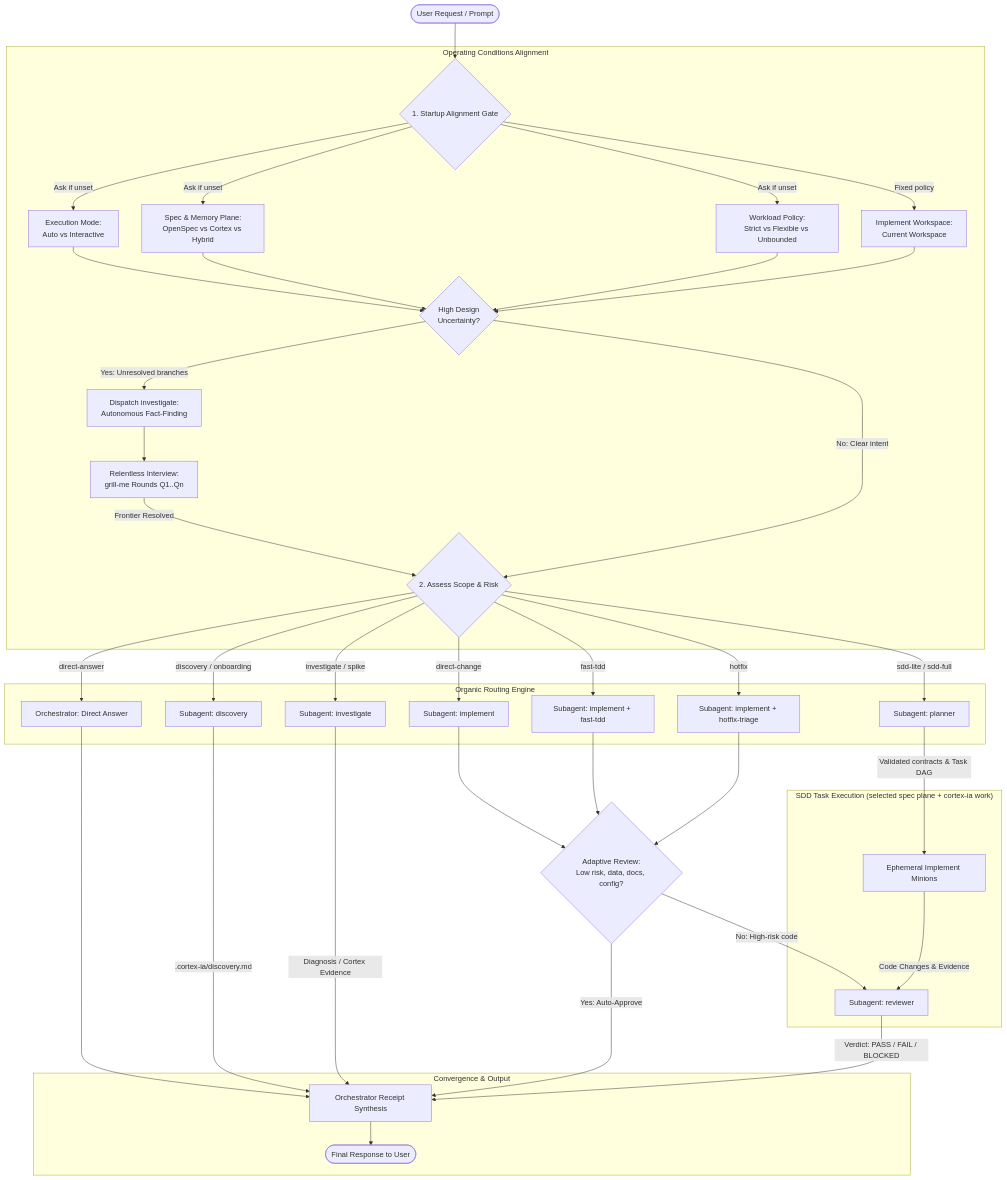
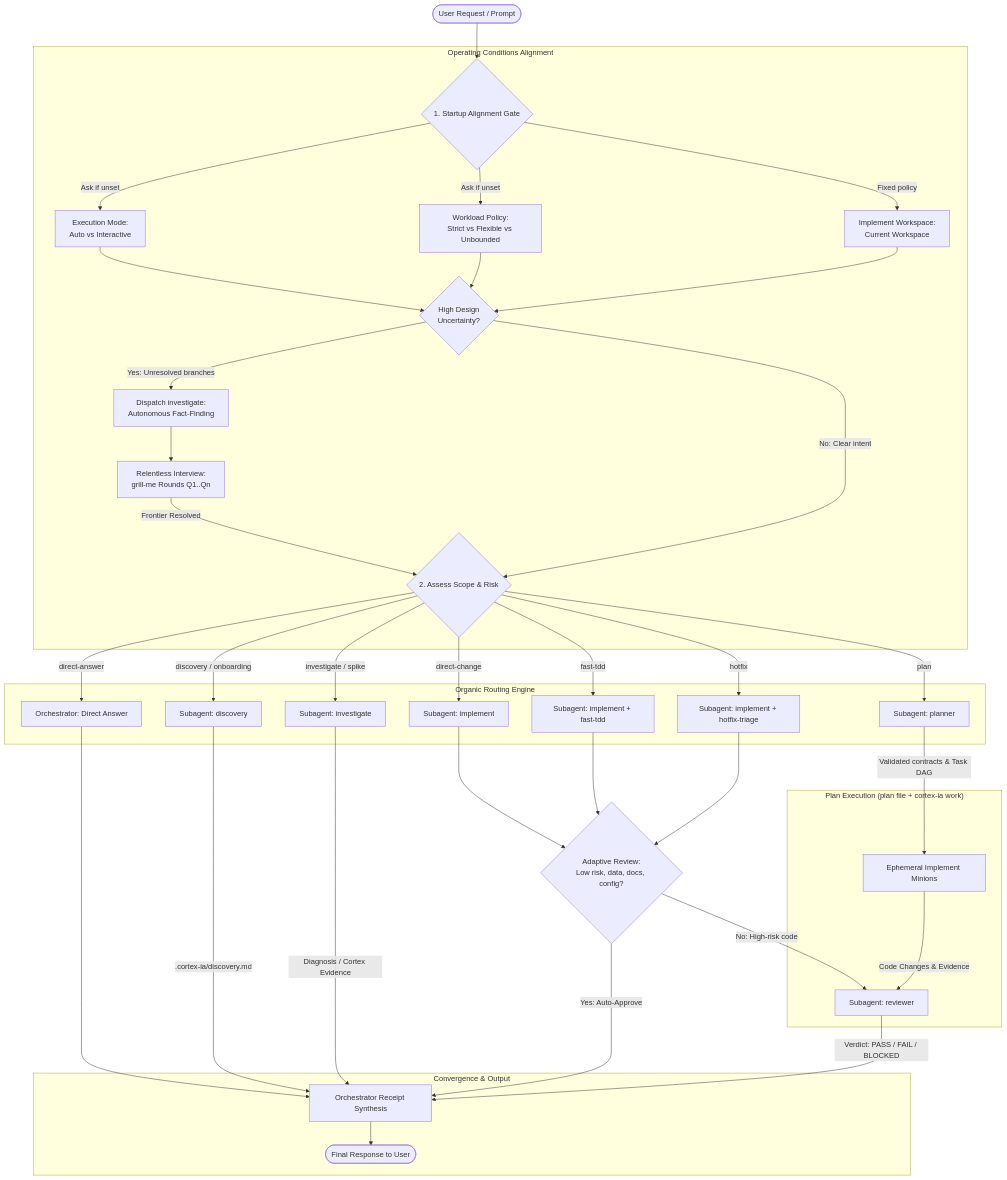
One commit to lleontor705/cortex-ia changed the first of 4 diagrams in internal/assets/skills/opencode2-knowledge/SKILL.md. Above: the diagram before and after it, drawn with Mermaid. The commit also changed other lines of this file and 149 other files, not shown here.

First line of the commit message:
refactor: retire SDD/OpenSpec in favour of lightweight plans (#162)

````diff
--- a/internal/assets/skills/opencode2-knowledge/SKILL.md
+++ b/internal/assets/skills/opencode2-knowledge/SKILL.md
@@ -58,50 +58,48 @@
 ```mermaid
 flowchart TD
     User([User Request / Prompt]) --> StartGate{1. Startup Alignment Gate}
     
     subgraph Alignment ["Operating Conditions Alignment"]
         StartGate -->|Ask if unset| ModeChoice[Execution Mode:\nAuto vs Interactive]
-        StartGate -->|Ask if unset| PlaneChoice[Spec & Memory Plane:\nOpenSpec vs Cortex vs Hybrid]
         StartGate -->|Ask if unset| WorkloadChoice[Workload Policy:\nStrict vs Flexible vs Unbounded]
         StartGate -->|Fixed policy| WorkspaceChoice[Implement Workspace:\nCurrent Workspace]
         
         ModeChoice --> AmbiguityCheck{High Design\nUncertainty?}
-        PlaneChoice --> AmbiguityCheck
         WorkloadChoice --> AmbiguityCheck
         WorkspaceChoice --> AmbiguityCheck
         
         AmbiguityCheck -->|Yes: Unresolved branches| InvFact[Dispatch investigate:\nAutonomous Fact-Finding]
         InvFact --> GrillMe[Relentless Interview:\ngrill-me Rounds Q1..Qn]
         GrillMe -->|Frontier Resolved| RouteDecision{2. Assess Scope & Risk}
         AmbiguityCheck -->|No: Clear intent| RouteDecision
     end
 
     subgraph Routing ["Organic Routing Engine"]
         RouteDecision -->|direct-answer| OrchSelf[Orchestrator: Direct Answer]
         RouteDecision -->|discovery / onboarding| SubDiscovery[Subagent: discovery]
         RouteDecision -->|investigate / spike| SubInv[Subagent: investigate]
         RouteDecision -->|direct-change| SubImpDirect[Subagent: implement]
         RouteDecision -->|fast-tdd| SubImpTDD[Subagent: implement + fast-tdd]
         RouteDecision -->|hotfix| SubImpHotfix[Subagent: implement + hotfix-triage]
-        RouteDecision -->|sdd-lite / sdd-full| SubPlan[Subagent: planner]
+        RouteDecision -->|plan| SubPlan[Subagent: planner]
     end
 
-    subgraph SDD_Flow ["SDD Task Execution (selected spec plane + cortex-ia work)"]
+    subgraph Plan_Flow ["Plan Execution (plan file + cortex-ia work)"]
         SubPlan -->|Validated contracts & Task DAG| Minions[Ephemeral Implement Minions]
         Minions -->|Code Changes & Evidence| SubRev[Subagent: reviewer]
     end
 
     SubImpDirect --> AutoApproveGate{Adaptive Review:\nLow risk, data, docs, config?}
     AutoApproveGate -->|Yes: Auto-Approve| OrchFinal
     AutoApproveGate -->|No: High-risk code| SubRev
     SubImpTDD --> AutoApproveGate
     SubImpHotfix --> AutoApproveGate
 
     subgraph Convergence ["Convergence & Output"]
         SubInv -->|Diagnosis / Cortex Evidence| OrchFinal[Orchestrator Receipt Synthesis]
         SubDiscovery -->|.cortex-ia/discovery.md| OrchFinal
         SubRev -->|Verdict: PASS / FAIL / BLOCKED| OrchFinal
         OrchSelf --> OrchFinal
         OrchFinal --> Done([Final Response to User])
     end
 ```
````
